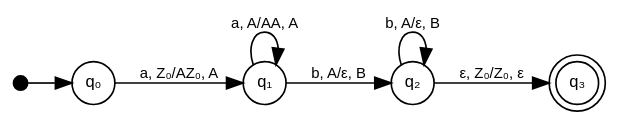
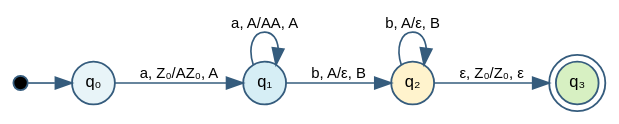
The second of 17 diagrams in semester-2/Theoretical Computer Science/7.qmd (p0dyakov/inno_notes), drawn with Graphviz before and after one commit. The commit also changed other lines of this file and 191 other files, not shown here.

````diff
--- a/semester-2/Theoretical Computer Science/7.qmd
+++ b/semester-2/Theoretical Computer Science/7.qmd
@@ -175,26 +175,26 @@
 ```{dot}
 //| fig-cap: "PDT for translating aⁿbⁿ → AⁿBⁿ"
 //| fig-width: 7
 //| fig-height: 1.2
 digraph PDT_anbn_AaBb {
   rankdir=LR;
   bgcolor="transparent";
   nodesep=0.25;
   ranksep=0.35;
-  node [fontname="Helvetica", fontsize=10, margin="0.05,0.03", height=0.28];
-  edge [fontname="Helvetica", fontsize=9];
+  node [fontname="Helvetica", fontsize=10, margin="0.05,0.03", height=0.28, color="#355c7d", penwidth=1.1, style=filled, fillcolor="#e8f4f8"];
+  edge [fontname="Helvetica", fontsize=9, color="#355c7d"];
 
-  start [shape=point, width=0.12];
+  start [shape=point, width=0.12, fillcolor=black];
   q0 [shape=circle, label="q₀"];
-  q1 [shape=circle, label="q₁"];
-  q2 [shape=circle, label="q₂"];
-  q3 [shape=doublecircle, label="q₃"];
+  q1 [shape=circle, label="q₁", fillcolor="#d6eef5"];
+  q2 [shape=circle, label="q₂", fillcolor="#fff3cd"];
+  q3 [shape=doublecircle, label="q₃", fillcolor="#d7f0c2"];
 
   start -> q0;
   q0 -> q1 [label="a, Z₀/AZ₀, A"];
   q1 -> q1 [label="a, A/AA, A"];
   q1 -> q2 [label="b, A/ε, B"];
   q2 -> q2 [label="b, A/ε, B"];
   q2 -> q3 [label="ε, Z₀/Z₀, ε"];
 }
 ```
````
